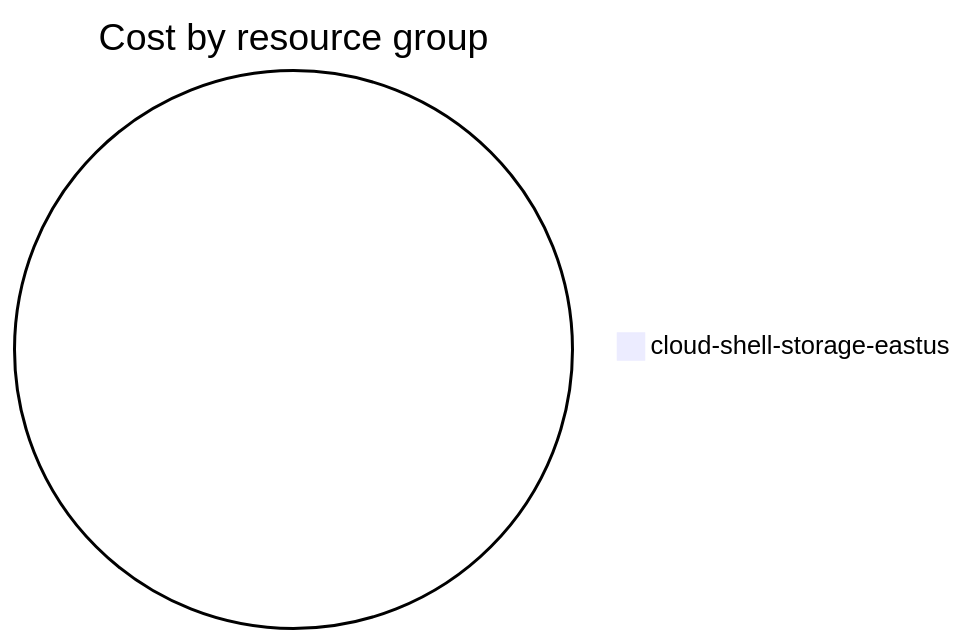
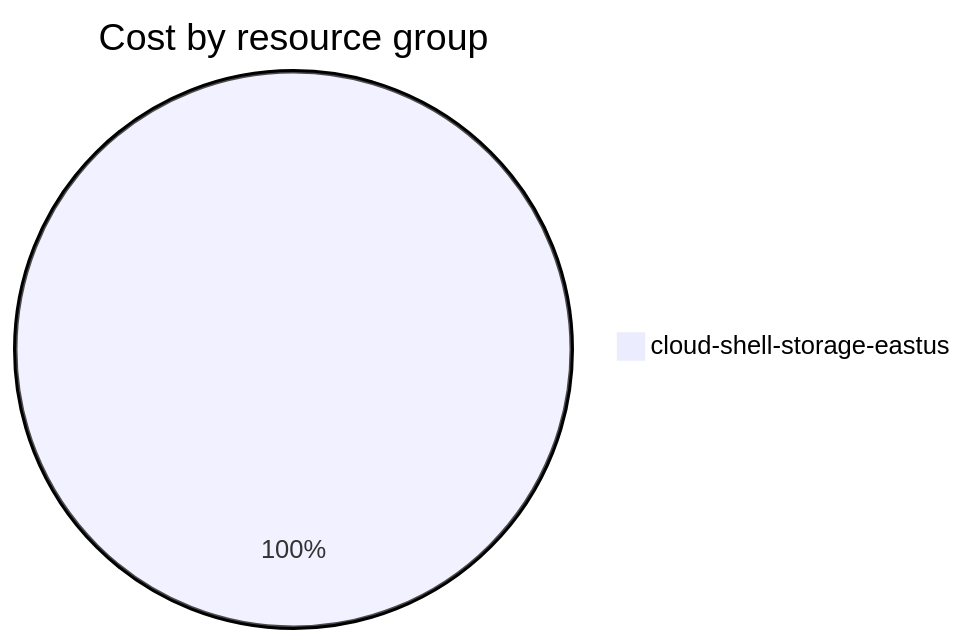
Before and after one commit to jpfulton/azure-personal-reports: the fourth of 4 diagrams in cost-reports/cloud-shell-storage-eastus/cs2100300008c8d894b.md, drawn with Mermaid. The commit also changed other lines of this file and 1 other file, not shown here.

````diff
--- a/cost-reports/cloud-shell-storage-eastus/cs2100300008c8d894b.md
+++ b/cost-reports/cloud-shell-storage-eastus/cs2100300008c8d894b.md
@@ -115,5 +115,5 @@
 ```mermaid
 pie
    title Cost by resource group
-   "cloud-shell-storage-eastus" : 0.00
+   "cloud-shell-storage-eastus" : 0.02
 ```
````
